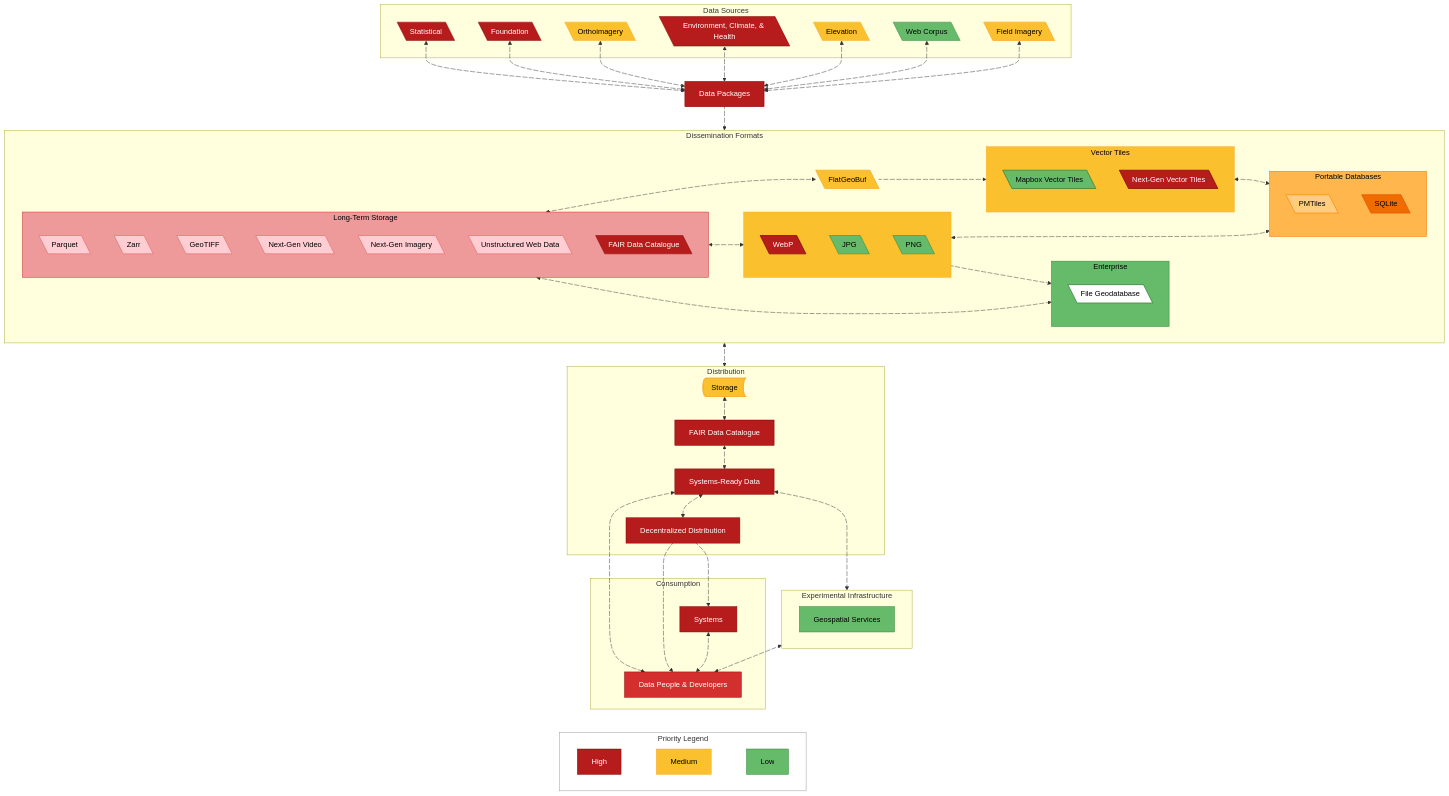
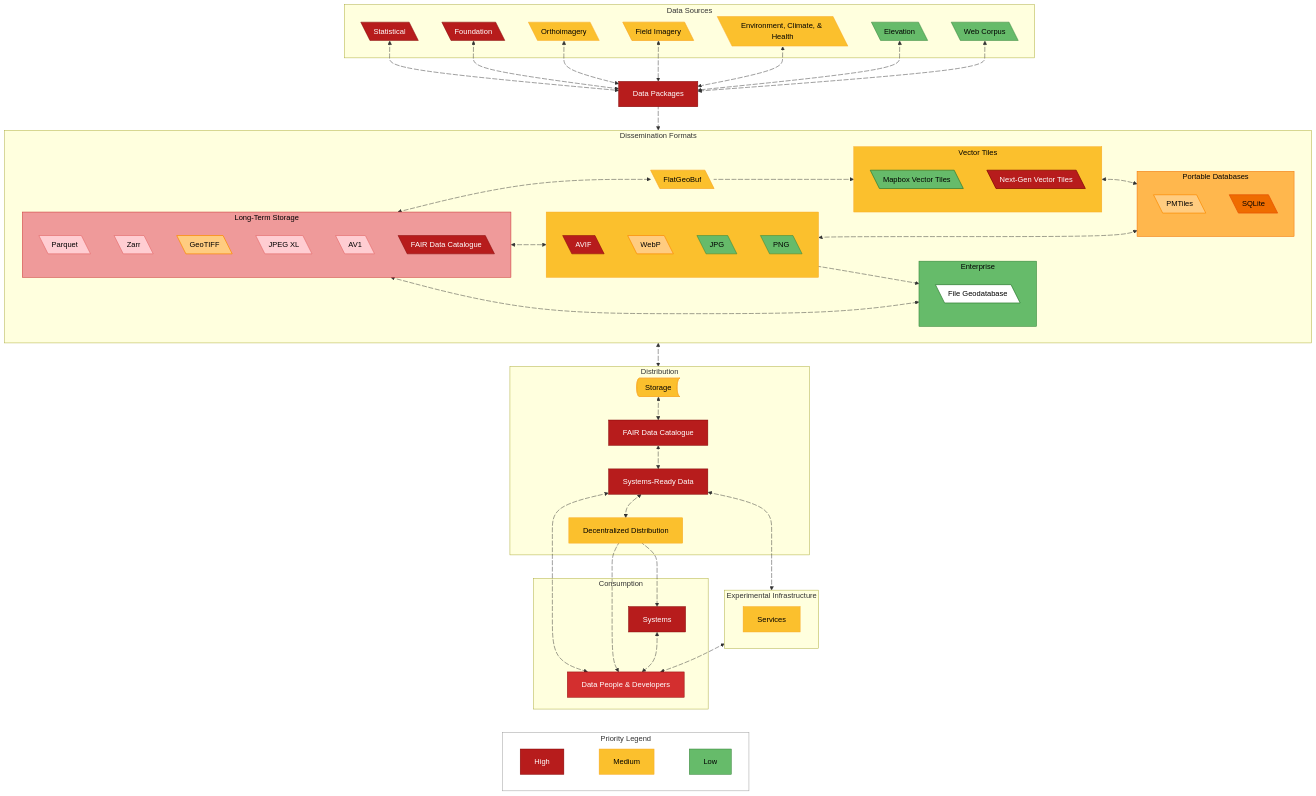
Before and after one commit to dataforcanada/www.dataforcanada.org: the diagram in high-level-overview-homepage.mermaid, drawn with Mermaid. The commit also changed 1 other file, not shown here.

Commit message:
Strategy should be done in this order for maximum efficiency: - Define how to structure data packages, see https://github.com/dataforcanada/d4c-pkgs/issues/2 and https://github.com/dataforcanada/d4c-pkgs/issues/3 - Implement https://github.com/dataforcanada/d4c-infra-distribution/issues/16 in one of the data packages - Invite community to one simple data package (ex. d4c-datapkg-orthoimagery), there was interest in this event https://discourse.pangeo.io/t/pangeo-showcase-no-shard-feelings-geozarr-rendering-in-qgis-powered-by-gdal-march-4-2026-at-12-pm-et/5526 about converting this dataset into GeoZarr https://source.coop/dataforcanada/d4c-datapkg-orthoimagery/archive/ca-on_province_of_ontario-2024A000235_drape_eastern_ontario_orthoimagery_2024_16cm. Make use of professionals that have taken an interest. - I have further strategy, but these should be priority

```diff
--- a/high-level-overview-homepage.mermaid
+++ b/high-level-overview-homepage.mermaid
@@ -7,11 +7,12 @@
     subgraph ds [Data Sources]
         Statistical@{ shape: lean-l}
         Foundation@{ shape: lean-l}
+        %% I have some big ideas for this data package, but it will take some exploratory work
         EnvClimate@{ shape: lean-l, label: "Environment, Climate, & Health"}
         Orthoimagery@{ shape: lean-l}
         FieldImagery@{ shape: lean-l, label: "Field Imagery"}
+        Elevation@{ shape: lean-l}
         WebCorpus@{ shape: lean-l, label: "Web Corpus"}
-        Elevation@{ shape: lean-l}
     end
 
     DataPkgs@{ shape: rect, label: "Data Packages"}
@@ -21,9 +22,11 @@
             Parquet@{ shape: lean-l}
             Zarr@{ shape: lean-l}
             GeoTIFF@{ shape: lean-l}
-            AV1@{ shape: lean-l, label: "Next-Gen Video"}
-            JPEGXL@{ shape: lean-l, label: "Next-Gen Imagery"}
-            WARC@{ shape: lean-l, label: "Unstructured Web Data"}
+            JPEGXL@{ shape: lean-l, label: "JPEG XL"}
+            AV1@{ shape: lean-l, label: "AV1"}
+            %% Commented out since I'm pretty sure this is not ideal file format. Ideal file format is Parquet and other file formats outlined depending on need. For example, let's say we archive media posts from various platforms (ex. X, BlueSky, etc.), there's no need to archive the webpage if we can just parse the content and have significant savings.
+            %% If we do archive webpages, I want there to be a deduplicating component similar to BTRFS, The Internet Archive is way too wasteful with the way they archive webpages.
+            %%WARC@{ shape: lean-l, label: "Unstructured Web Data"}
             FAIRCat@{ shape: lean-l, label: "FAIR Data Catalogue"}
         end
 
@@ -35,6 +38,7 @@
         end
 
         subgraph visuals [" "]
+            AVIF@{ shape: lean-l}
             WebP@{ shape: lean-l}
             JPG@{ shape: lean-l}
             PNG@{ shape: lean-l}
@@ -58,7 +62,7 @@
     end
 
     subgraph ei [Experimental Infrastructure]
-        GeoServices@{ shape: rect, label: "Geospatial Services"}
+        Services@{ shape: rect, label: "Services"}
     end
 
     subgraph consumption [Consumption]
@@ -72,14 +76,14 @@
     e2@{animate: true, animation: slow}
     Orthoimagery e3@<--> DataPkgs
     e3@{animate: true, animation: slow}
+    FieldImagery e7@<--> DataPkgs
+    e7@{animate: true, animation: fast}
     EnvClimate e4@<--> DataPkgs
     e4@{animate: true, animation: fast}
     Elevation e5@<--> DataPkgs
     e5@{animate: true, animation: slow}
     WebCorpus e6@<--> DataPkgs
     e6@{animate: true, animation: fast}
-    FieldImagery e7@<--> DataPkgs
-    e7@{animate: true, animation: fast}
 
     DataPkgs e8@--> df
     e8@{animate: true, animation: fast}
@@ -136,24 +140,27 @@
         L1[High]:::legendRed ~~~ L2[Medium]:::legendYellow ~~~ L3[Low]:::legendGreen
     end
 
-    style EnvClimate fill:#B71C1C,stroke:#7F0000,color:#FFFFFF
+    style EnvClimate fill:#FBC02D,stroke:#F9A825,color:#000000
     style Orthoimagery fill:#FBC02D,stroke:#F9A825,color:#000000
     style FieldImagery fill:#FBC02D,stroke:#F9A825,color:#000000
     style WebCorpus fill:#66BB6A,stroke:#2E7D32,color:#000000
-    style Elevation fill:#FBC02D,stroke:#F9A825,color:#000000
+    style Elevation fill:#66BB6A,stroke:#2E7D32,color:#000000
 
     style VectorTiles fill:#66BB6A,stroke:#2E7D32,color:#000000
     style NextGenVT fill:#B71C1C,stroke:#7F0000,color:#FFFFFF
-    style WebP fill:#B71C1C,stroke:#7F0000,color:#FFFFFF
+    %% This is in the ideal file format. As of 2026-03-05, it is mostly supported across major browsers
+    style AVIF fill:#B71C1C,stroke:#7F0000,color:#FFFFFF
+    style WebP fill:#FFCC80,stroke:#FB8C00,color:#000000
     style JPG fill:#66BB6A,stroke:#2E7D32,color:#000000
     style PNG fill:#66BB6A,stroke:#2E7D32,color:#000000
     style FileGDB fill:#fff,stroke:#2E7D32,color:#000000
-    style GeoServices fill:#66BB6A,stroke:#2E7D32,color:#000000
+    style Services fill:#FBC02D,stroke:#F9A825,color:#000000
     style ObjStorage fill:#FBC02D,stroke:#F9A825,color:#000000
 
     style DataPkgs fill:#B71C1C,stroke:#7F0000,color:#FFFFFF
     style FAIRCat fill:#B71C1C,stroke:#7F0000,color:#FFFFFF
-    style DecenDist fill:#B71C1C,stroke:#7F0000,color:#FFFFFF
+    %% I'm not as concerned about distribution of data. I have made some progress on smart nodes so that's going to be a YUGE release
+    style DecenDist fill:#FBC02D,stroke:#F9A825,color:#000000
     style HTTP fill:#B71C1C,stroke:#7F0000,color:#FFFFFF
     style Systems fill:#B71C1C,stroke:#7F0000,color:#FFFFFF
     style Metadata fill:#B71C1C,stroke:#7F0000,color:#FFFFFF
@@ -163,9 +170,9 @@
     style sot fill:#EF9A9A,stroke:#C62828,color:#000000
     style Parquet fill:#FFCDD2,stroke:#E57373,color:#000000
     style Zarr fill:#FFCDD2,stroke:#E57373,color:#000000
-    style GeoTIFF fill:#FFCDD2,stroke:#E57373,color:#000000
+    style GeoTIFF fill:#FFCC80,stroke:#FB8C00,color:#000000
     style JPEGXL fill:#FFCDD2,stroke:#E57373,color:#000000
-    style WARC fill:#FFCDD2,stroke:#E57373,color:#000000
+    %%style WARC fill:#FFCDD2,stroke:#E57373,color:#000000
     style AV1 fill:#FFCDD2,stroke:#E57373,color:#000000
 
     style pkg fill:#FFB74D,stroke:#EF6C00,color:#000000
@@ -204,7 +211,7 @@
     click PMTiles "https://github.com/protomaps/PMTiles/blob/main/spec/v3/spec.md" _blank
     click JPEGXL "https://jpeg.org/jpegxl/" _blank
     click AV1 "https://aomedia.org/specifications/av1/" _blank
-    click WARC "https://github.com/iipc/warc-specifications/" _blank
+    %%click WARC "https://github.com/iipc/warc-specifications/" _blank
     click FAIRCat "https://stac-utils.github.io/stac-geoparquet/latest/spec/stac-geoparquet-spec/" _blank
     click HTTP "https://www.dataforcanada.org/docs/" _blank
     click DecenDist "https://www.dataforcanada.org/docs/d4c-infra-distribution/" _blank
```
